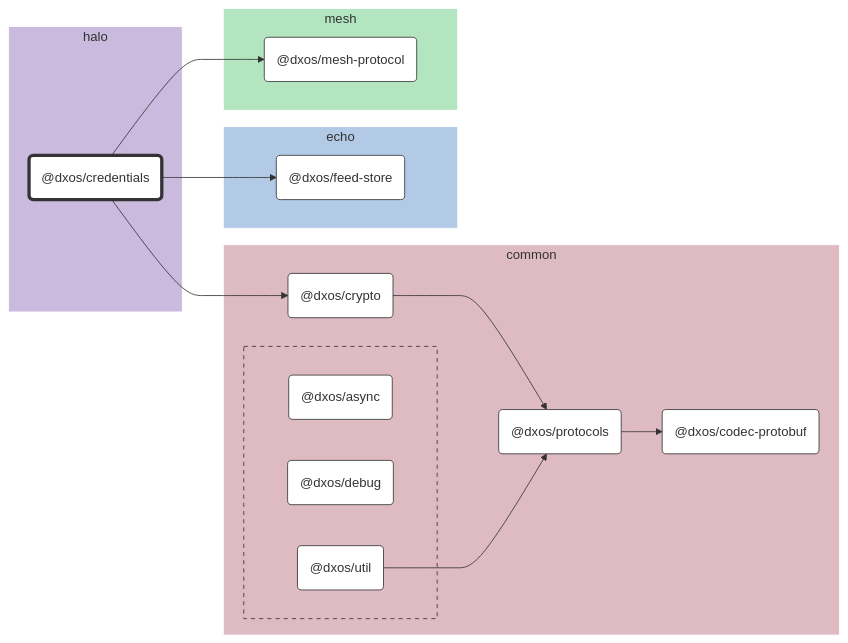
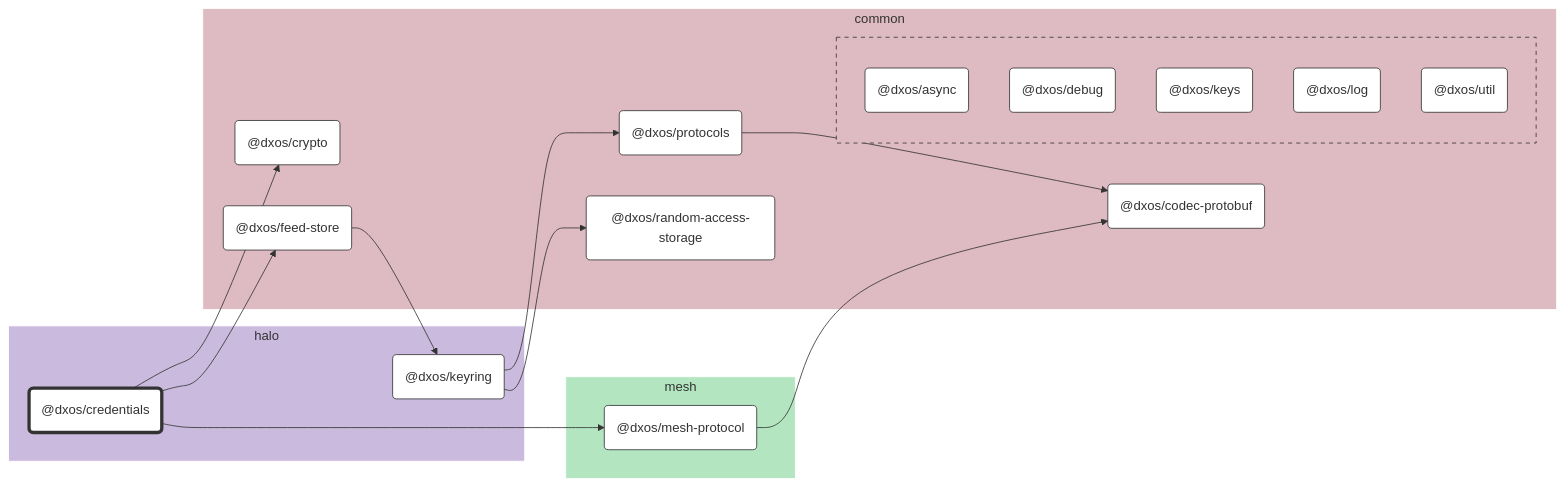
One commit to dxos/dxos changed the diagram in packages/halo/credentials/docs/README.md. Above: the diagram before and after it, drawn with Mermaid. The commit also changed other lines of this file and 52 other files, not shown here.

````diff
--- a/packages/halo/credentials/docs/README.md
+++ b/packages/halo/credentials/docs/README.md
@@ -7,58 +7,64 @@
 ```mermaid
 %%{ init: {'flowchart':{'curve':'basis'}} }%%
 
 flowchart LR
 
 %% Classes
 classDef def fill:#fff,stroke:#333,stroke-width:1px
 classDef root fill:#fff,stroke:#333,stroke-width:4px
 
 %% Nodes
 
 subgraph halo [halo]
   style halo fill:#cabade,stroke:#fff
   dxos/credentials("@dxos/credentials"):::root
   click dxos/credentials "dxos/dxos/tree/main/packages/halo/credentials/docs"
+  dxos/keyring("@dxos/keyring"):::def
+  click dxos/keyring "dxos/dxos/tree/main/packages/halo/keyring/docs"
 end
 
 subgraph common [common]
   style common fill:#debac2,stroke:#fff
   dxos/codec-protobuf("@dxos/codec-protobuf"):::def
   click dxos/codec-protobuf "dxos/dxos/tree/main/packages/common/codec-protobuf/docs"
   dxos/crypto("@dxos/crypto"):::def
   click dxos/crypto "dxos/dxos/tree/main/packages/common/crypto/docs"
+  dxos/feed-store("@dxos/feed-store"):::def
+  click dxos/feed-store "dxos/dxos/tree/main/packages/common/feed-store/docs"
   dxos/protocols("@dxos/protocols"):::def
   click dxos/protocols "dxos/dxos/tree/main/packages/common/protocols/docs"
+  dxos/random-access-storage("@dxos/random-access-storage"):::def
+  click dxos/random-access-storage "dxos/dxos/tree/main/packages/common/random-access-storage/docs"
 
   subgraph common-excluded [ ]
     style common-excluded fill:#debac2,stroke:#333,stroke-dasharray:5 5
     dxos/async("@dxos/async"):::def
     click dxos/async "dxos/dxos/tree/main/packages/common/async/docs"
     dxos/debug("@dxos/debug"):::def
     click dxos/debug "dxos/dxos/tree/main/packages/common/debug/docs"
+    dxos/keys("@dxos/keys"):::def
+    click dxos/keys "dxos/dxos/tree/main/packages/common/keys/docs"
+    dxos/log("@dxos/log"):::def
+    click dxos/log "dxos/dxos/tree/main/packages/common/log/docs"
     dxos/util("@dxos/util"):::def
     click dxos/util "dxos/dxos/tree/main/packages/common/util/docs"
   end
-end
-
-subgraph echo [echo]
-  style echo fill:#b3cae6,stroke:#fff
-  dxos/feed-store("@dxos/feed-store"):::def
-  click dxos/feed-store "dxos/dxos/tree/main/packages/echo/feed-store/docs"
 end
 
 subgraph mesh [mesh]
   style mesh fill:#b3e6c0,stroke:#fff
   dxos/mesh-protocol("@dxos/mesh-protocol"):::def
   click dxos/mesh-protocol "dxos/dxos/tree/main/packages/mesh/mesh-protocol/docs"
 end
 
 %% Links
 linkStyle default stroke:#333,stroke-width:1px
 dxos/credentials --> dxos/crypto
-dxos/crypto --> dxos/protocols
+dxos/credentials --> dxos/feed-store
+dxos/feed-store --> dxos/keyring
+dxos/keyring --> dxos/protocols
 dxos/protocols --> dxos/codec-protobuf
-dxos/credentials --> dxos/feed-store
-dxos/util --> dxos/protocols
+dxos/keyring --> dxos/random-access-storage
 dxos/credentials --> dxos/mesh-protocol
+dxos/mesh-protocol --> dxos/codec-protobuf
 ```
````
